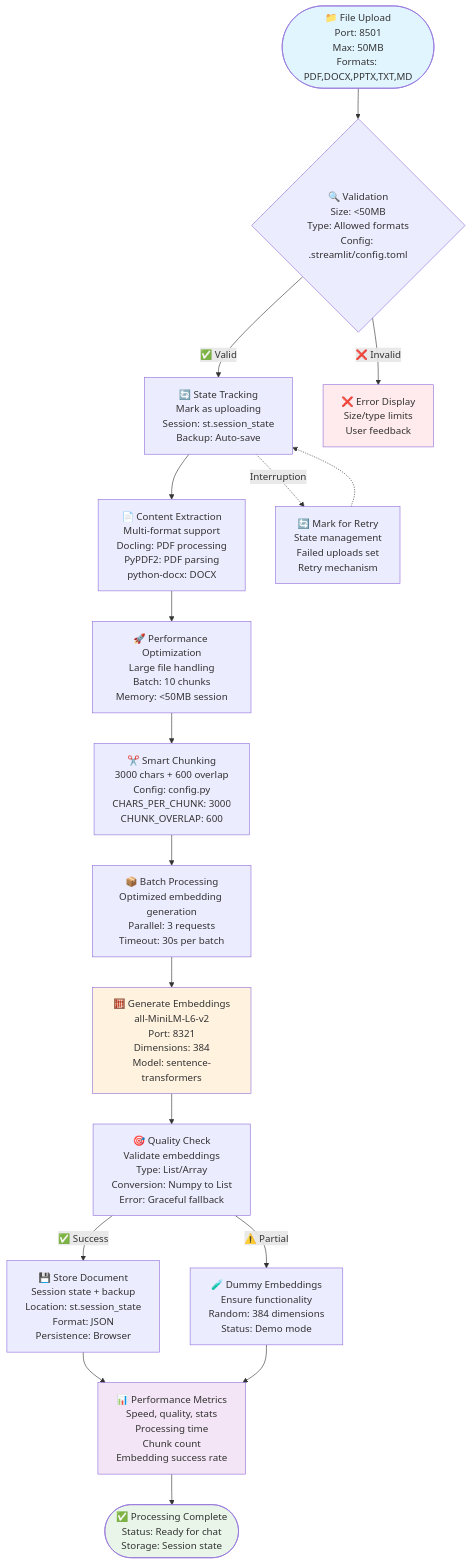
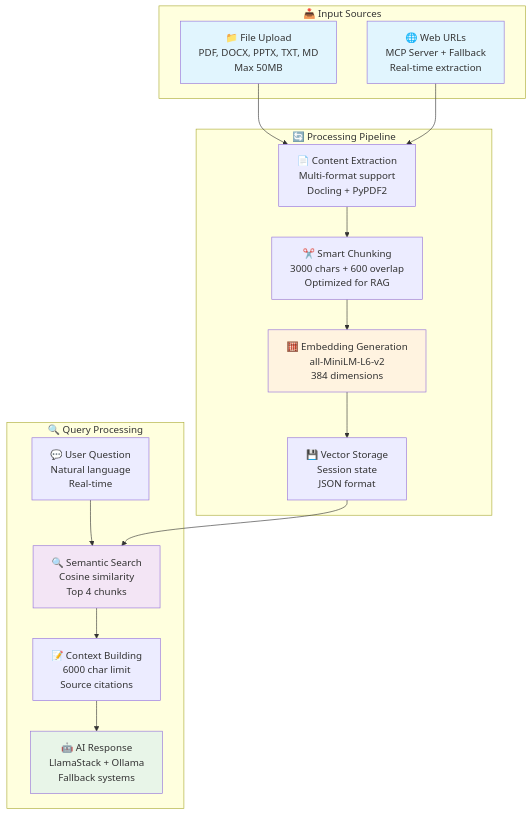
One commit to abhijeet-dhumal/llama-stack-rag changed the third of 3 diagrams in README.md. Above: the diagram before and after it, drawn with Mermaid. The commit also changed other lines of this file, not shown here.

Commit message:
Update system architecture diagrams

````diff
--- a/README.md
+++ b/README.md
@@ -277,32 +221,40 @@
 ```mermaid
 flowchart TD
-    START([📁 File Upload<br/>Port: 8501<br/>Max: 50MB<br/>Formats: PDF,DOCX,PPTX,TXT,MD]) --> VALIDATE{🔍 Validation<br/>Size: <50MB<br/>Type: Allowed formats<br/>Config: .streamlit/config.toml}
+    subgraph "📥 Input Sources"
+        FILES[📁 File Upload<br/>PDF, DOCX, PPTX, TXT, MD<br/>Max 50MB]
+        URLS[🌐 Web URLs<br/>MCP Server + Fallback<br/>Real-time extraction]
+    end
     
-    VALIDATE -->|✅ Valid| STATE_TRACK[🔄 State Tracking<br/>Mark as uploading<br/>Session: st.session_state<br/>Backup: Auto-save]
-    VALIDATE -->|❌ Invalid| ERROR[❌ Error Display<br/>Size/type limits<br/>User feedback]
+    subgraph "🔄 Processing Pipeline"
+        EXTRACT[📄 Content Extraction<br/>Multi-format support<br/>Docling + PyPDF2]
+        CHUNK[✂️ Smart Chunking<br/>3000 chars + 600 overlap<br/>Optimized for RAG]
+        EMBED[🧮 Embedding Generation<br/>all-MiniLM-L6-v2<br/>384 dimensions]
+        STORE[💾 Vector Storage<br/>Session state<br/>JSON format]
+    end
     
-    STATE_TRACK --> EXTRACT[📄 Content Extraction<br/>Multi-format support<br/>Docling: PDF processing<br/>PyPDF2: PDF parsing<br/>python-docx: DOCX]
-    EXTRACT --> OPTIMIZE[🚀 Performance Optimization<br/>Large file handling<br/>Batch: 10 chunks<br/>Memory: <50MB session]
+    subgraph "🔍 Query Processing"
+        QUERY[💬 User Question<br/>Natural language<br/>Real-time]
+        SEARCH[🔍 Semantic Search<br/>Cosine similarity<br/>Top 4 chunks]
+        CONTEXT[📝 Context Building<br/>6000 char limit<br/>Source citations]
+        RESPONSE[🤖 AI Response<br/>LlamaStack + Ollama<br/>Fallback systems]
+    end
     
-    OPTIMIZE --> CHUNK[✂️ Smart Chunking<br/>3000 chars + 600 overlap<br/>Config: config.py<br/>CHARS_PER_CHUNK: 3000<br/>CHUNK_OVERLAP: 600]
-    CHUNK --> BATCH[📦 Batch Processing<br/>Optimized embedding generation<br/>Parallel: 3 requests<br/>Timeout: 30s per batch]
+    %% Processing Flow
+    FILES --> EXTRACT
+    URLS --> EXTRACT
+    EXTRACT --> CHUNK
+    CHUNK --> EMBED
+    EMBED --> STORE
     
-    BATCH --> EMBED[🧮 Generate Embeddings<br/>all-MiniLM-L6-v2<br/>Port: 8321<br/>Dimensions: 384<br/>Model: sentence-transformers]
-    EMBED --> QUALITY[🎯 Quality Check<br/>Validate embeddings<br/>Type: List/Array<br/>Conversion: Numpy to List<br/>Error: Graceful fallback]
+    %% Query Flow
+    QUERY --> SEARCH
+    SEARCH --> CONTEXT
+    CONTEXT --> RESPONSE
+    STORE --> SEARCH
     
-    QUALITY -->|✅ Success| STORE[💾 Store Document<br/>Session state + backup<br/>Location: st.session_state<br/>Format: JSON<br/>Persistence: Browser]
-    QUALITY -->|⚠️ Partial| FALLBACK[🧪 Dummy Embeddings<br/>Ensure functionality<br/>Random: 384 dimensions<br/>Status: Demo mode]
-    
-    STORE --> METRICS[📊 Performance Metrics<br/>Speed, quality, stats<br/>Processing time<br/>Chunk count<br/>Embedding success rate]
-    FALLBACK --> METRICS
-    METRICS --> COMPLETE([✅ Processing Complete<br/>Status: Ready for chat<br/>Storage: Session state])
-    
-    STATE_TRACK -.->|Interruption| RETRY[🔄 Mark for Retry<br/>State management<br/>Failed uploads set<br/>Retry mechanism]
-    RETRY -.-> STATE_TRACK
-    
-    style START fill:#e1f5fe
-    style COMPLETE fill:#e8f5e8
+    style FILES fill:#e1f5fe
+    style URLS fill:#e1f5fe
+    style RESPONSE fill:#e8f5e8
     style EMBED fill:#fff3e0
-    style METRICS fill:#f3e5f5
-    style ERROR fill:#ffebee
+    style SEARCH fill:#f3e5f5
 ```
````
